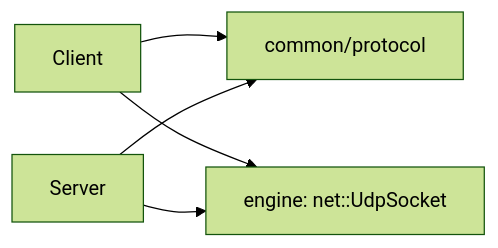
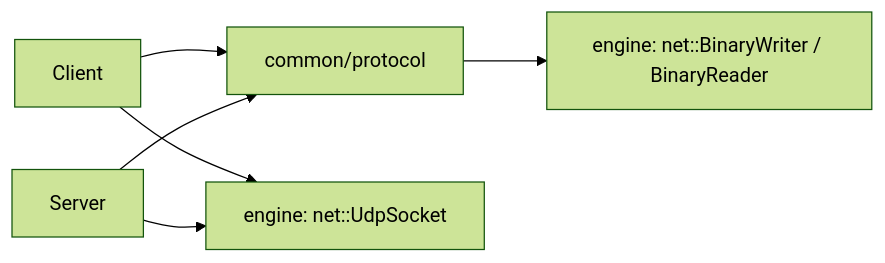
The first of 2 diagrams in docs/mkdocs/protocol/implementation.md (Boz0o0/R-Type), drawn with Mermaid (forest theme) before and after one commit. The commit also changed other lines of this file and 30 other files, not shown here.

````diff
--- a/docs/mkdocs/protocol/implementation.md
+++ b/docs/mkdocs/protocol/implementation.md
@@ -13,7 +15,8 @@
 ```mermaid
 flowchart LR
     Client --> Protocol["common/protocol"]
     Server --> Protocol
     Client --> Udp["engine: net::UdpSocket"]
     Server --> Udp
+    Protocol --> Binary["engine: net::BinaryWriter / BinaryReader"]
 ```
````
